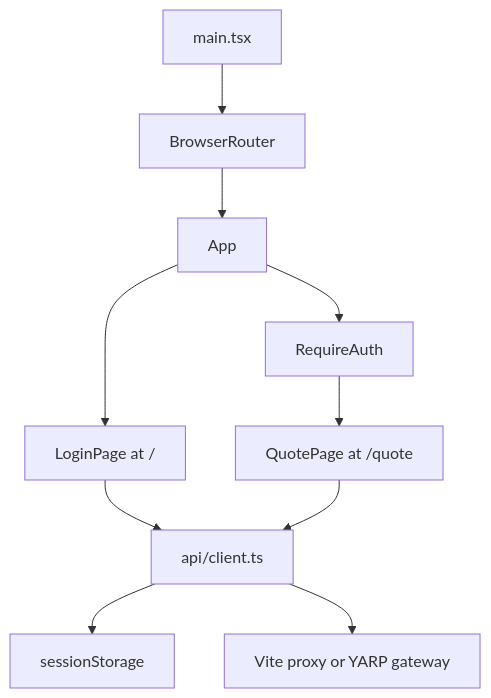
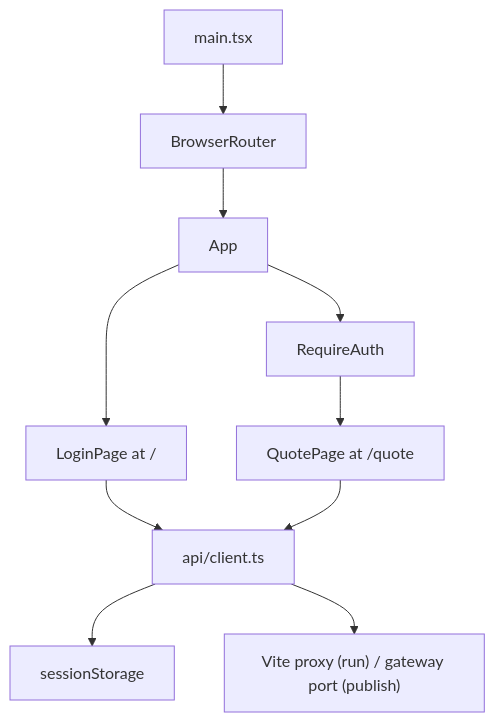
One commit to josnelihurt/code.examples.net.quotes changed the sixth of 7 diagrams in docs/system-design.md. Above: the diagram before and after it, drawn with Mermaid. The commit also changed other lines of this file and 3 other files, not shown here.

````diff
--- a/docs/system-design.md
+++ b/docs/system-design.md
@@ -248,22 +251,22 @@
 ```mermaid
 flowchart TD
   main["main.tsx"]
   router["BrowserRouter"]
   app["App"]
   login["LoginPage at /"]
   guard["RequireAuth"]
   quote["QuotePage at /quote"]
   client["api/client.ts"]
   store["sessionStorage"]
-  proxy["Vite proxy or YARP gateway"]
+  proxy["Vite proxy (run) / gateway port (publish)"]
 
   main --> router
   router --> app
   app --> login
   app --> guard
   guard --> quote
   login --> client
   quote --> client
   client --> store
   client --> proxy
 ```
````
